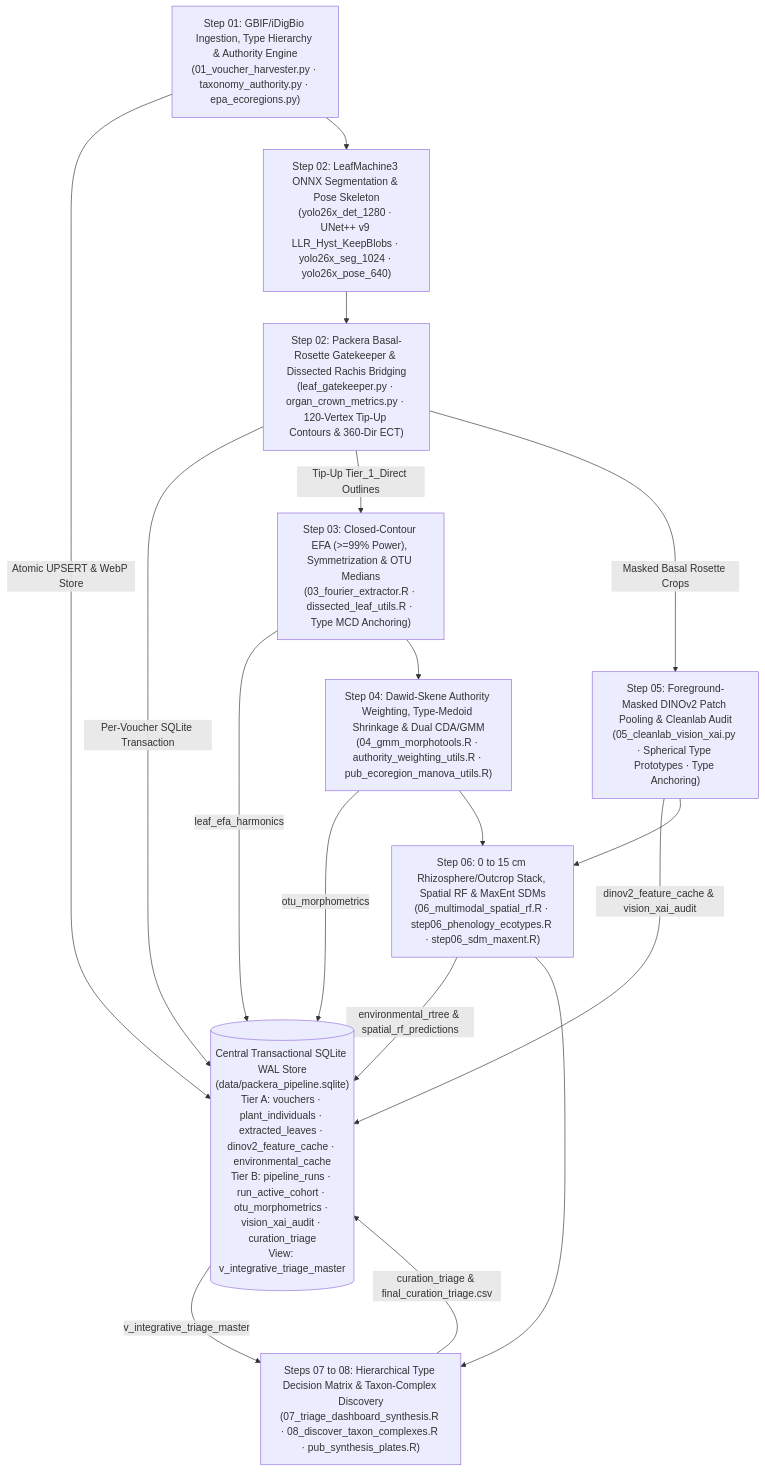
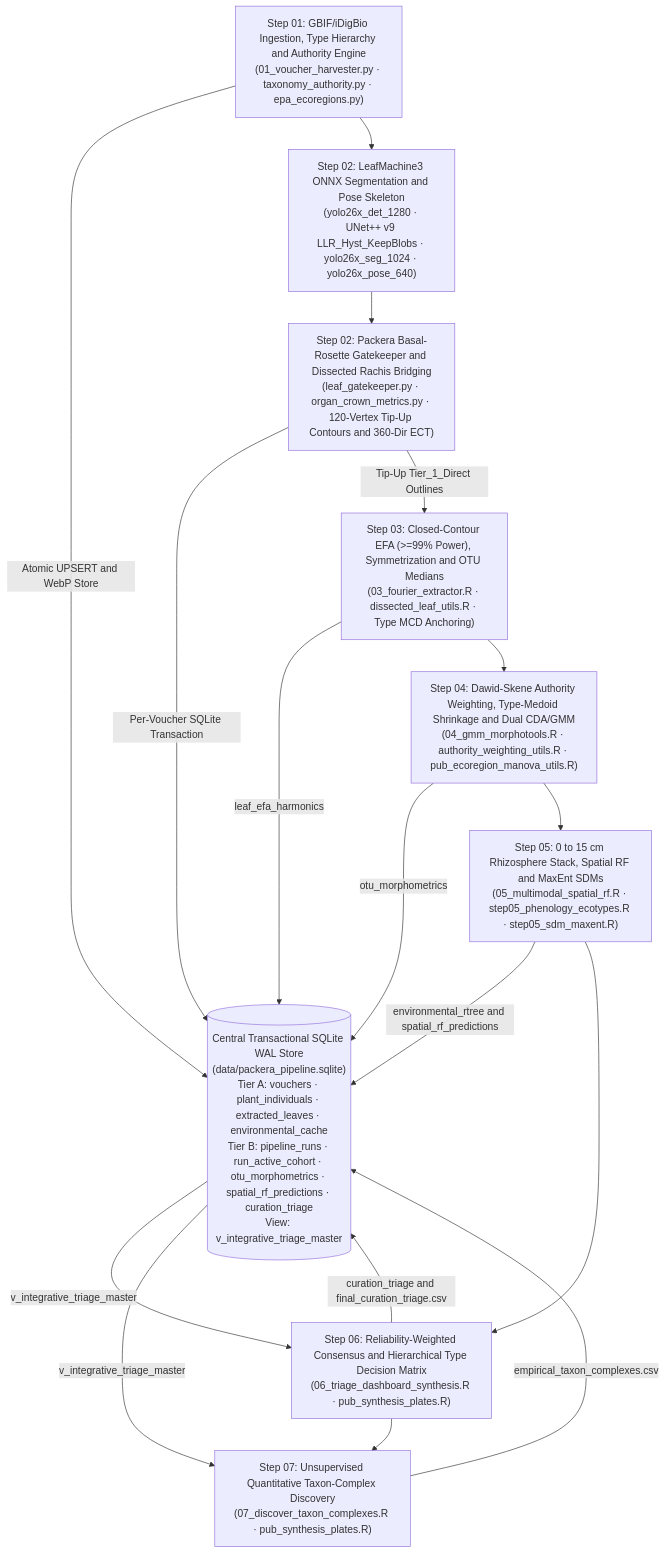
The diagram in README.md (Plantatsrophe/Packera_dubia_morphometrics), drawn with Mermaid before and after one commit. The commit also changed other lines of this file and 6 other files, not shown here.

````diff
--- a/README.md
+++ b/README.md
@@ -44,20 +45,21 @@
 ```mermaid
 flowchart TD
-    DB[("Central Transactional SQLite WAL Store\n(data/packera_pipeline.sqlite)\nTier A: vouchers · plant_individuals · extracted_leaves · dinov2_feature_cache · environmental_cache\nTier B: pipeline_runs · run_active_cohort · otu_morphometrics · vision_xai_audit · curation_triage\nView: v_integrative_triage_master")]
+    DB[("Central Transactional SQLite WAL Store\n(data/packera_pipeline.sqlite)\nTier A: vouchers · plant_individuals · extracted_leaves · environmental_cache\nTier B: pipeline_runs · run_active_cohort · otu_morphometrics · spatial_rf_predictions · curation_triage\nView: v_integrative_triage_master")]
 
-    B1["Step 01: GBIF/iDigBio Ingestion, Type Hierarchy & Authority Engine\n(01_voucher_harvester.py · taxonomy_authority.py · epa_ecoregions.py)"] -->|"Atomic UPSERT & WebP Store"| DB
-    B1 --> B2["Step 02: LeafMachine3 ONNX Segmentation & Pose Skeleton\n(yolo26x_det_1280 · UNet++ v9 LLR_Hyst_KeepBlobs · yolo26x_seg_1024 · yolo26x_pose_640)"]
-    B2 --> B3["Step 02: Packera Basal-Rosette Gatekeeper & Dissected Rachis Bridging\n(leaf_gatekeeper.py · organ_crown_metrics.py · 120-Vertex Tip-Up Contours & 360-Dir ECT)"]
+    B1["Step 01: GBIF/iDigBio Ingestion, Type Hierarchy and Authority Engine\n(01_voucher_harvester.py · taxonomy_authority.py · epa_ecoregions.py)"] -->|"Atomic UPSERT and WebP Store"| DB
+    B1 --> B2["Step 02: LeafMachine3 ONNX Segmentation and Pose Skeleton\n(yolo26x_det_1280 · UNet++ v9 LLR_Hyst_KeepBlobs · yolo26x_seg_1024 · yolo26x_pose_640)"]
+    B2 --> B3["Step 02: Packera Basal-Rosette Gatekeeper and Dissected Rachis Bridging\n(leaf_gatekeeper.py · organ_crown_metrics.py · 120-Vertex Tip-Up Contours and 360-Dir ECT)"]
     B3 -->|"Per-Voucher SQLite Transaction"| DB
-    B3 -->|"Tip-Up Tier_1_Direct Outlines"| B4["Step 03: Closed-Contour EFA (>=99% Power), Symmetrization & OTU Medians\n(03_fourier_extractor.R · dissected_leaf_utils.R · Type MCD Anchoring)"]
+    B3 -->|"Tip-Up Tier_1_Direct Outlines"| B4["Step 03: Closed-Contour EFA (>=99% Power), Symmetrization and OTU Medians\n(03_fourier_extractor.R · dissected_leaf_utils.R · Type MCD Anchoring)"]
     B4 -->|"leaf_efa_harmonics"| DB
-    B4 --> B5["Step 04: Dawid-Skene Authority Weighting, Type-Medoid Shrinkage & Dual CDA/GMM\n(04_gmm_morphotools.R · authority_weighting_utils.R · pub_ecoregion_manova_utils.R)"]
+    B4 --> B5["Step 04: Dawid-Skene Authority Weighting, Type-Medoid Shrinkage and Dual CDA/GMM\n(04_gmm_morphotools.R · authority_weighting_utils.R · pub_ecoregion_manova_utils.R)"]
     B5 -->|"otu_morphometrics"| DB
-    B3 -->|"Masked Basal Rosette Crops"| B6["Step 05: Foreground-Masked DINOv2 Patch Pooling & Cleanlab Audit\n(05_cleanlab_vision_xai.py · Spherical Type Prototypes · Type Anchoring)"]
-    B6 -->|"dinov2_feature_cache & vision_xai_audit"| DB
-    B5 & B6 --> B7["Step 06: 0 to 15 cm Rhizosphere/Outcrop Stack, Spatial RF & MaxEnt SDMs\n(06_multimodal_spatial_rf.R · step06_phenology_ecotypes.R · step06_sdm_maxent.R)"]
-    B7 -->|"environmental_rtree & spatial_rf_predictions"| DB
-    B7 --> B8["Steps 07 to 08: Hierarchical Type Decision Matrix & Taxon-Complex Discovery\n(07_triage_dashboard_synthesis.R · 08_discover_taxon_complexes.R · pub_synthesis_plates.R)"]
+    B5 --> B6["Step 05: 0 to 15 cm Rhizosphere Stack, Spatial RF and MaxEnt SDMs\n(05_multimodal_spatial_rf.R · step05_phenology_ecotypes.R · step05_sdm_maxent.R)"]
+    B6 -->|"environmental_rtree and spatial_rf_predictions"| DB
+    B6 --> B7["Step 06: Reliability-Weighted Consensus and Hierarchical Type Decision Matrix\n(06_triage_dashboard_synthesis.R · pub_synthesis_plates.R)"]
+    DB -->|"v_integrative_triage_master"| B7
+    B7 -->|"curation_triage and final_curation_triage.csv"| DB
+    B7 --> B8["Step 07: Unsupervised Quantitative Taxon-Complex Discovery\n(07_discover_taxon_complexes.R · pub_synthesis_plates.R)"]
     DB -->|"v_integrative_triage_master"| B8
-    B8 -->|"curation_triage & final_curation_triage.csv"| DB
+    B8 -->|"empirical_taxon_complexes.csv"| DB
 ```
````
